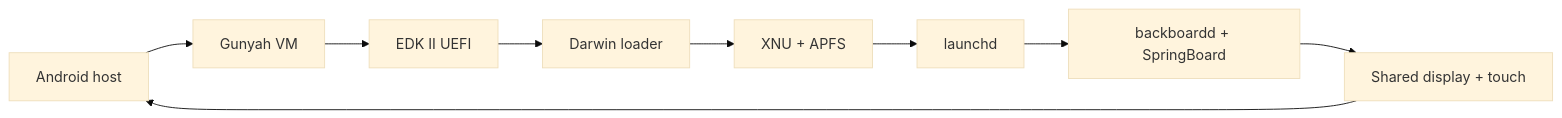
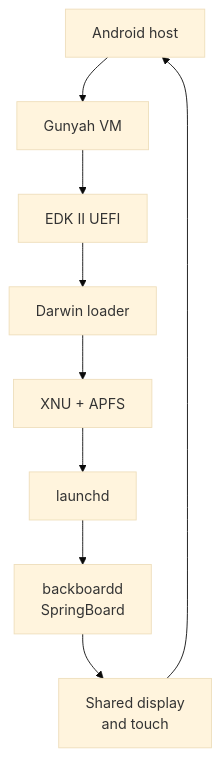
One commit to xAmarnath/iOS-IQOO13 changed the first of 2 diagrams in README.md. Above: the diagram before and after it, drawn with Mermaid (base theme). The commit also changed other lines of this file and 2 other files, not shown here.

````diff
--- a/README.md
+++ b/README.md
@@ -71,8 +69,8 @@
 ```mermaid
-flowchart LR
+flowchart TB
     A["Android host"] --> B["Gunyah VM"]
     B --> C["EDK II UEFI"] --> D["Darwin loader"]
     D --> E["XNU + APFS"] --> F["launchd"]
-    F --> G["backboardd + SpringBoard"]
-    G --> H["Shared display + touch"] --> A
+    F --> G["backboardd<br/>SpringBoard"]
+    G --> H["Shared display<br/>and touch"] --> A
 ```
````
